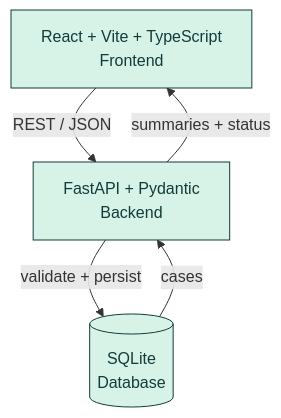
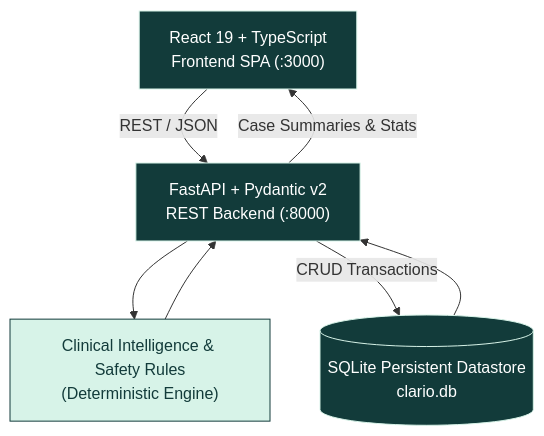
The second of 2 diagrams in README.md (Nishith45o7/CLARIO--health-intelligence-), drawn with Mermaid before and after one commit. The commit also changed other lines of this file and 57 other files, not shown here.

Commit message:
feat: complete CLARIO clinical platform, comprehensive documentation suite, and verified test suite

````diff
--- a/README.md
+++ b/README.md
@@ -119,12 +59,19 @@
 ```mermaid
 flowchart TD
-    UI["React + Vite + TypeScript<br/>Frontend"]
-    API["FastAPI + Pydantic<br/>Backend"]
-    DB[("SQLite<br/>Database")]
+    UI["React 19 + TypeScript<br/>Frontend SPA (:3000)"]
+    API["FastAPI + Pydantic v2<br/>REST Backend (:8000)"]
+    Rules["Clinical Intelligence & Safety Rules<br/>(Deterministic Engine)"]
+    DB[("SQLite Persistent Datastore<br/>clario.db")]
+
     UI -- "REST / JSON" --> API
-    API -- "validate + persist" --> DB
-    DB -- "cases" --> API
-    API -- "summaries + status" --> UI
-    classDef n fill:#D7F3E8,stroke:#123B3A,color:#123B3A;
-    class UI,API,DB n;
+    API --> Rules
+    Rules --> API
+    API -- "CRUD Transactions" --> DB
+    DB --> API
+    API -- "Case Summaries & Stats" --> UI
+
+    classDef darkTeal fill:#123B3A,stroke:#D7F3E8,color:#FFFFFF;
+    classDef softMint fill:#D7F3E8,stroke:#123B3A,color:#123B3A;
+    class UI,API,DB darkTeal;
+    class Rules softMint;
 ```
````
